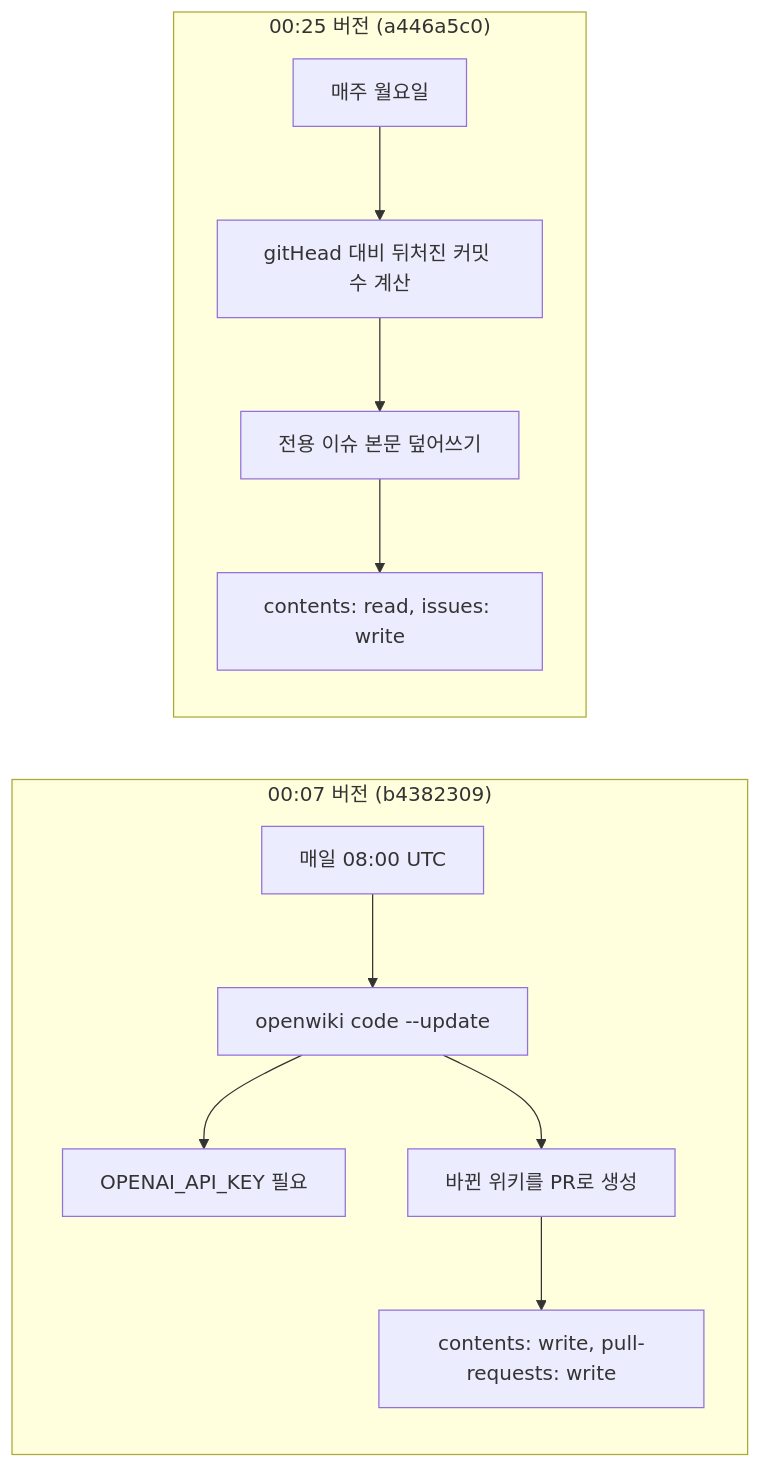
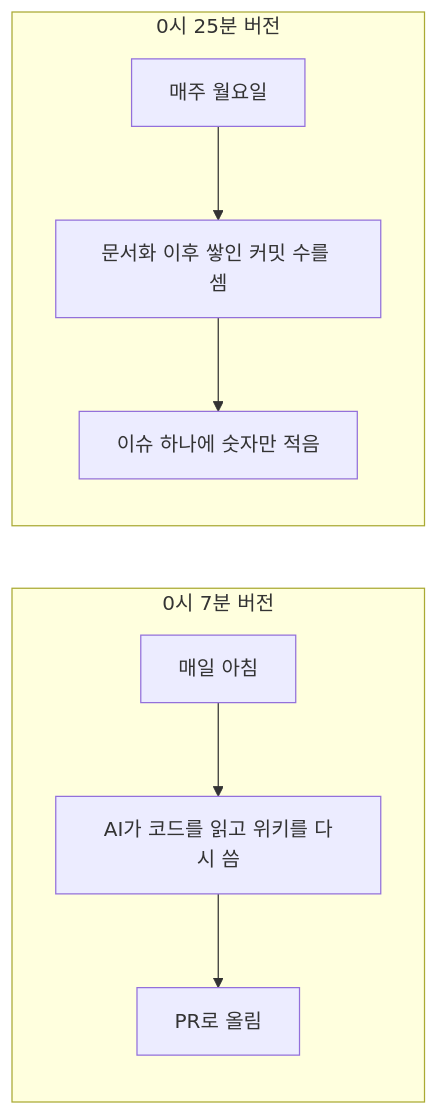
One commit to gary5876/portfolio changed the diagram in _posts/2026-09-01-openwiki-auto-update-off.md. Above: the diagram before and after it, drawn with Mermaid. The commit also changed other lines of this file, not shown here.

````diff
--- a/_posts/2026-09-01-openwiki-auto-update-off.md
+++ b/_posts/2026-09-01-openwiki-auto-update-off.md
@@ -54,14 +66,11 @@
 ```mermaid
 flowchart LR
-  subgraph A["00:07 버전 (b4382309)"]
-    a1[매일 08:00 UTC] --> a2[openwiki code --update]
-    a2 --> a3[OPENAI_API_KEY 필요]
-    a2 --> a4[바뀐 위키를 PR로 생성]
-    a4 --> a5[contents: write, pull-requests: write]
+  subgraph A["0시 7분 버전"]
+    a1[매일 아침] --> a2[AI가 코드를 읽고 위키를 다시 씀]
+    a2 --> a3[PR로 올림]
   end
-  subgraph B["00:25 버전 (a446a5c0)"]
-    b1[매주 월요일] --> b2[gitHead 대비 뒤처진 커밋 수 계산]
-    b2 --> b3[전용 이슈 본문 덮어쓰기]
-    b3 --> b4[contents: read, issues: write]
+  subgraph B["0시 25분 버전"]
+    b1[매주 월요일] --> b2[문서화 이후 쌓인 커밋 수를 셈]
+    b2 --> b3[이슈 하나에 숫자만 적음]
   end
 ```
````
